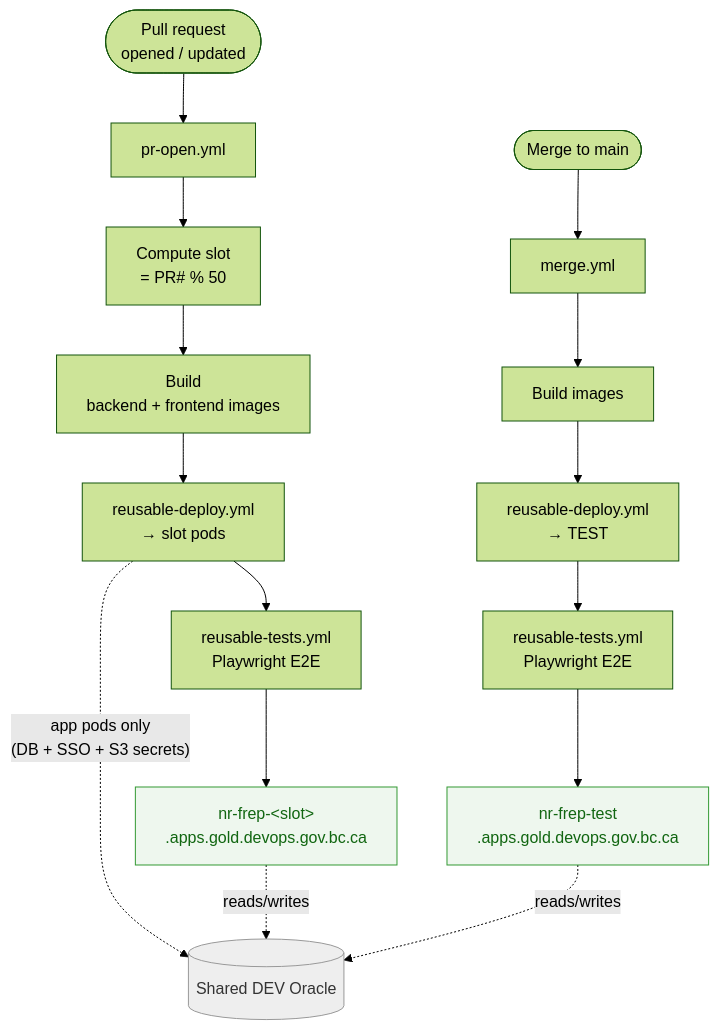
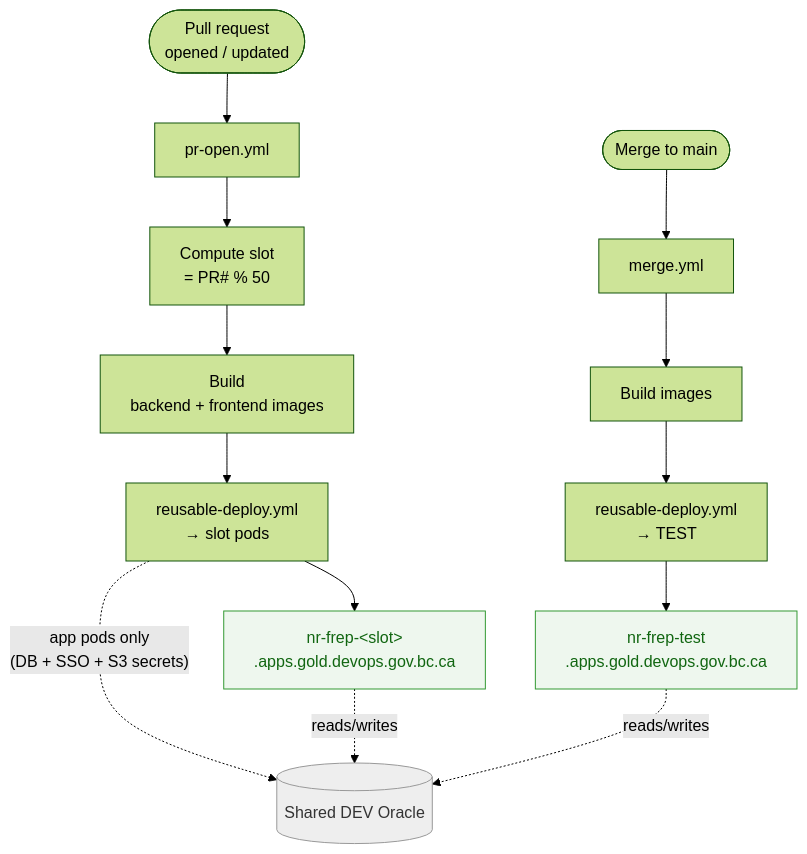
The diagram in docs/deployment.md (bcgov/nr-frep), drawn with Mermaid (forest theme) before and after one commit. The commit also changed other lines of this file and 4 other files, not shown here.

````diff
--- a/docs/deployment.md
+++ b/docs/deployment.md
@@ -45,26 +50,24 @@
 ```mermaid
 flowchart TD
     pr(["Pull request<br/>opened / updated"]) --> open["pr-open.yml"]
     merge(["Merge to main"]) --> mrg["merge.yml"]
 
     open --> slot["Compute slot<br/>= PR# % 50"]
     slot --> build1["Build<br/>backend + frontend images"]
     build1 --> dep1["reusable-deploy.yml<br/>→ slot pods"]
-    dep1 --> test1["reusable-tests.yml<br/>Playwright E2E"]
-    test1 --> url1["nr-frep-&lt;slot&gt;<br/>.apps.gold.devops.gov.bc.ca"]
+    dep1 --> url1["nr-frep-&lt;slot&gt;<br/>.apps.gold.devops.gov.bc.ca"]
 
     mrg --> build2["Build images"]
     build2 --> dep2["reusable-deploy.yml<br/>→ TEST"]
-    dep2 --> test2["reusable-tests.yml<br/>Playwright E2E"]
-    test2 --> url2["nr-frep-test<br/>.apps.gold.devops.gov.bc.ca"]
+    dep2 --> url2["nr-frep-test<br/>.apps.gold.devops.gov.bc.ca"]
 
     db[("Shared DEV Oracle")]
     dep1 -. "app pods only<br/>(DB + SSO + S3 secrets)" .-> db
     url1 -. reads/writes .-> db
     url2 -. reads/writes .-> db
 
     classDef target fill:#eef7ee,stroke:#393,color:#161;
     classDef store fill:#eee,stroke:#999,color:#333;
     class url1,url2 target;
     class db store;
 ```
````
